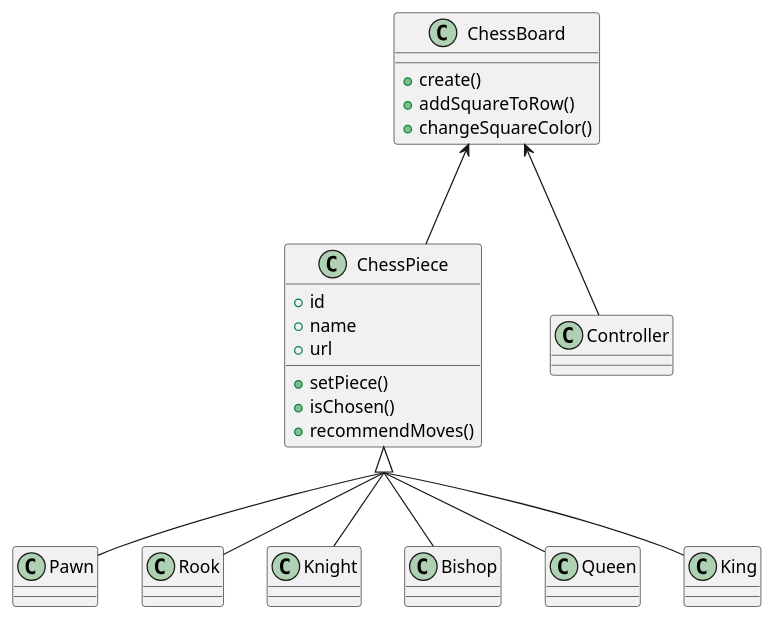
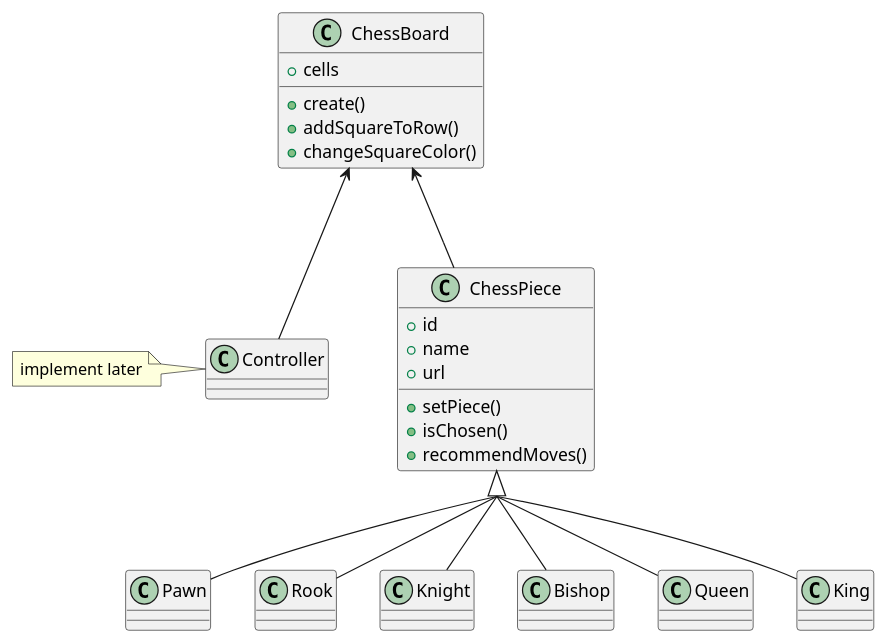
Before and after one commit to hoanglt1223/SET2021: the diagram in nhom_3/UML/ClassDiagram.plantuml, drawn with PlantUML.

Commit message:
nhom_3 | sửa class diagram

```diff
--- a/nhom_3/UML/ClassDiagram.plantuml
+++ b/nhom_3/UML/ClassDiagram.plantuml
@@ -1,24 +1,31 @@
 @startuml ChessBoard
 skinparam groupInheritance 2
+
 class ChessBoard {
+    + cells
+
     + create()
     + addSquareToRow()
     + changeSquareColor()
 }
-ChessBoard <-- ChessPiece
-ChessBoard <-- Controller
 class ChessPiece {
     + id
     + name 
     + url 
     + setPiece() 
     + isChosen() 
     + recommendMoves() 
 }
+
+
+ChessBoard <-- ChessPiece
+ChessBoard <-- Controller
+note left of Controller: implement later
+
 ChessPiece <|-- Pawn 
 ChessPiece <|-- Rook 
 ChessPiece <|-- Knight 
 ChessPiece <|-- Bishop 
 ChessPiece <|-- Queen  
 ChessPiece <|-- King 
 @enduml
```
